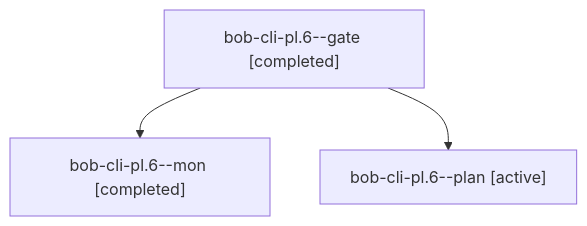
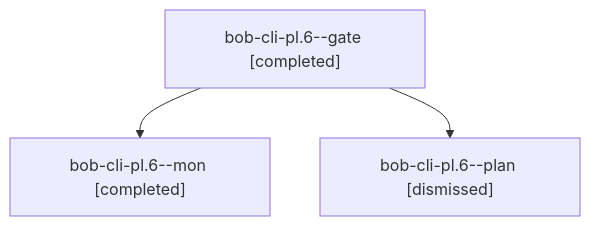
Before and after one commit to bobs-org/bob-cli--agents: the diagram in sessions/bbugyi200.apollo.bob-cli-pl.6.md, drawn with Mermaid. The commit also changed other lines of this file and 162 other files, not shown here.

````diff
--- a/sessions/bbugyi200.apollo.bob-cli-pl.6.md
+++ b/sessions/bbugyi200.apollo.bob-cli-pl.6.md
@@ -9,8 +9,8 @@
 ```mermaid
 flowchart TD
   n0["bob-cli-pl.6--gate [completed]"]
   n1["bob-cli-pl.6--mon [completed]"]
   n0 --> n1
-  n2["bob-cli-pl.6--plan [active]"]
+  n2["bob-cli-pl.6--plan [dismissed]"]
   n0 --> n2
 ```
````
